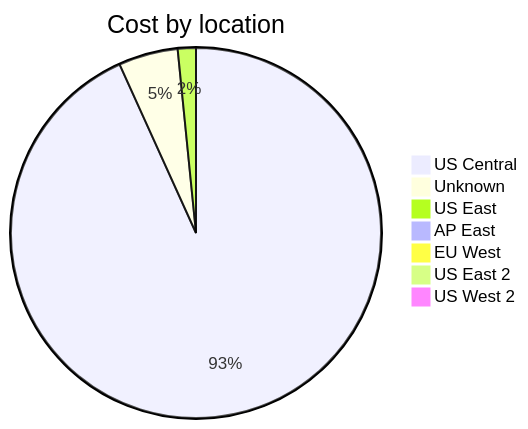
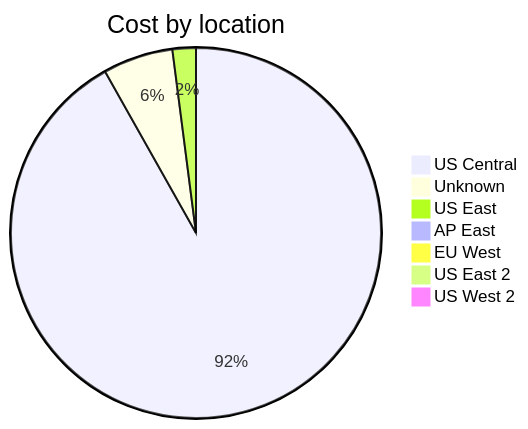
Before and after one commit to jpfulton/azure-personal-reports: the third of 4 diagrams in cost-reports/accumulated-cost.md, drawn with Mermaid. The commit also changed other lines of this file and 4 other files, not shown here.

````diff
--- a/cost-reports/accumulated-cost.md
+++ b/cost-reports/accumulated-cost.md
@@ -121,11 +121,11 @@
 ```mermaid
 pie
    title Cost by location
-   "US Central" : 17.07
-   "Unknown" : 0.95
-   "US East" : 0.29
+   "US Central" : 0.45
+   "Unknown" : 0.03
+   "US East" : 0.01
    "AP East" : 0.00
    "EU West" : 0.00
    "US East 2" : 0.00
    "US West 2" : 0.00
 ```
````
